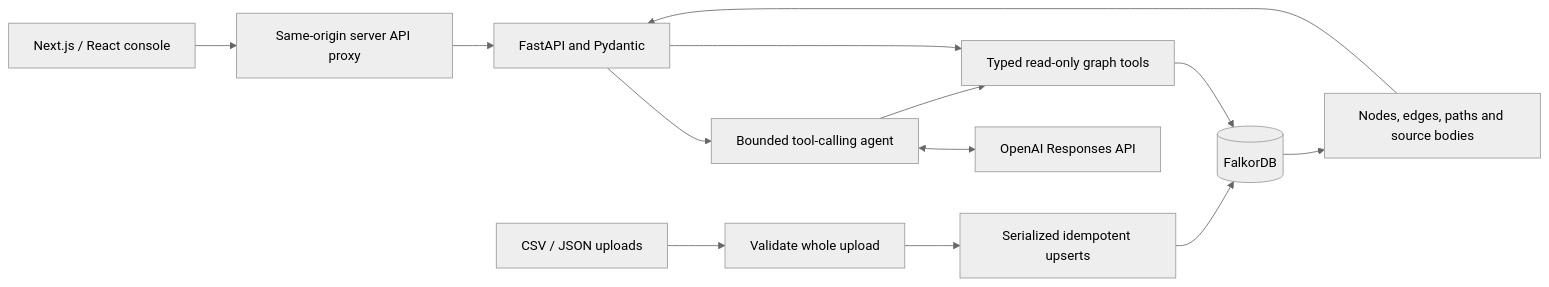
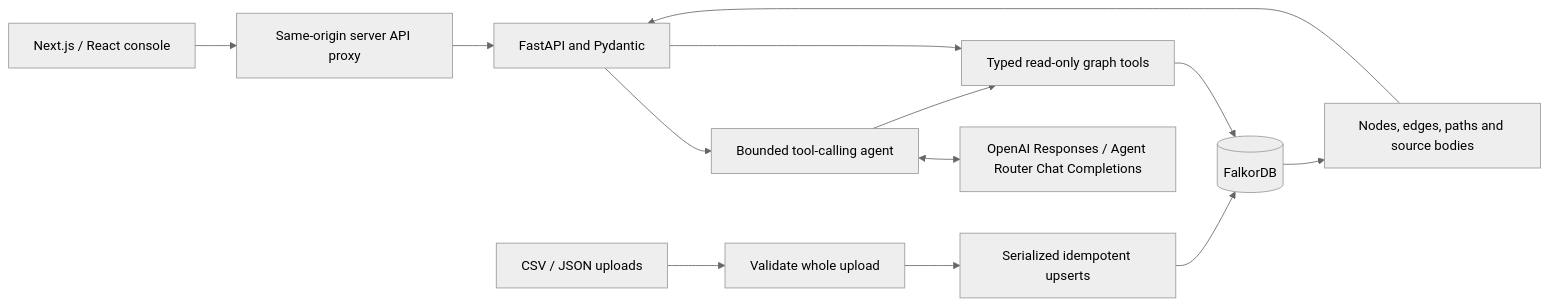
One commit to krshn0x/KnowGraph-AI-Standalone changed the diagram in docs/architecture.md. Above: the diagram before and after it, drawn with Mermaid (neutral theme). The commit also changed other lines of this file and 23 other files, not shown here.

Commit message:
Add Agent Router tool calling and write-only AI key settings

````diff
--- a/docs/architecture.md
+++ b/docs/architecture.md
@@ -3,15 +3,15 @@
 ```mermaid
 flowchart LR
     UI[Next.js / React console] --> Proxy[Same-origin server API proxy]
     Proxy --> API[FastAPI and Pydantic]
     API --> Agent[Bounded tool-calling agent]
-    Agent <--> LLM[OpenAI Responses API]
+    Agent <--> LLM[OpenAI Responses / Agent Router Chat Completions]
     Agent --> Tools[Typed read-only graph tools]
     API --> Tools
     Tools --> DB[(FalkorDB)]
     Upload[CSV / JSON uploads] --> Validate[Validate whole upload]
     Validate --> Lock[Serialized idempotent upserts]
     Lock --> DB
     DB --> Evidence[Nodes, edges, paths and source bodies]
     Evidence --> API
 ```
````
